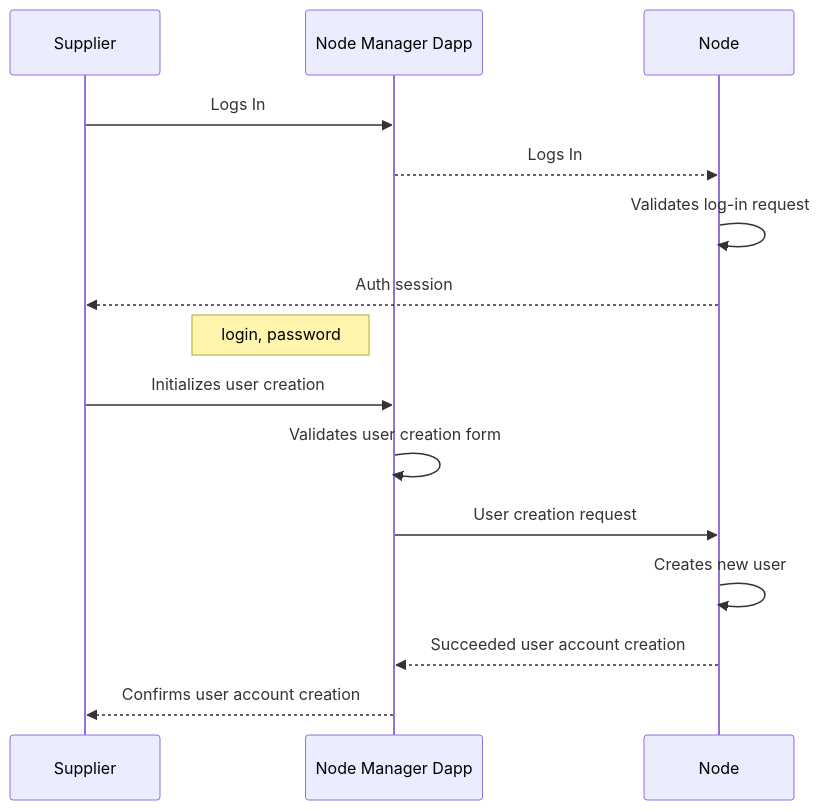
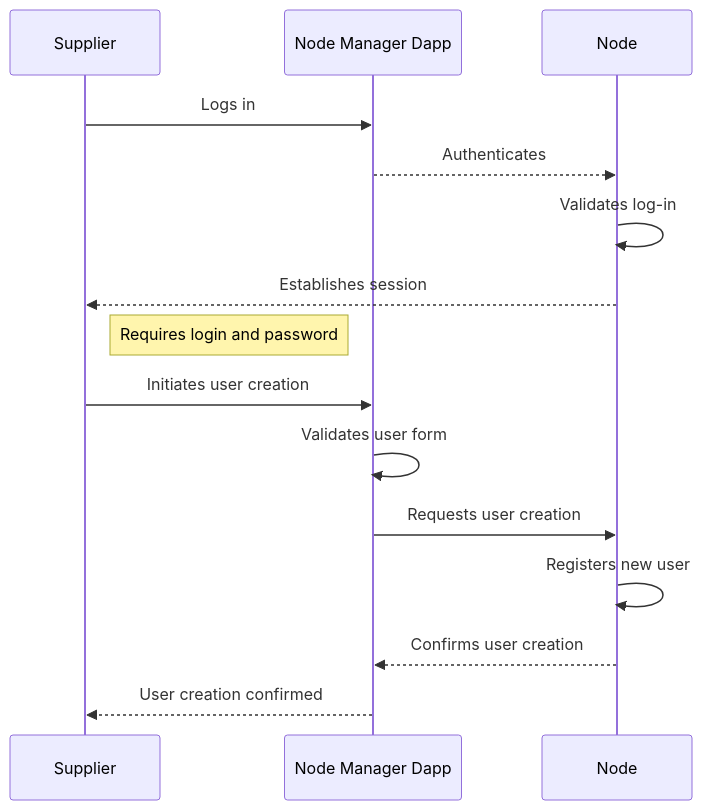
The fifth of 14 diagrams in docs/architecture.md (windingtree/mvp), drawn with Mermaid before and after one commit. The commit also changed other lines of this file and 1 other file, not shown here.

Commit message:
docs: ✏️ Added the MVP architecture document

````diff
--- a/docs/architecture.md
+++ b/docs/architecture.md
@@ -196,18 +187,18 @@
 ```mermaid
 sequenceDiagram
   participant supplier as Supplier
   participant manager as Node Manager Dapp
   participant node as Node
 
-  supplier->>manager: Logs In
-  manager-->>node: Logs In
-  node->>node: Validates log-in request
-  node-->>supplier: Auth session
-  Note left of manager: login, password
-  supplier->>manager: Initializes user creation
-  manager->>manager: Validates user creation form
-  manager->>node: User creation request
-  node->>node: Creates new user
-  node-->>manager: Succeeded user account creation
-  manager-->>supplier: Confirms user account creation
+  supplier->>manager: Logs in
+  manager-->>node: Authenticates
+  node->>node: Validates log-in
+  node-->>supplier: Establishes session
+  Note left of manager: Requires login and password
+  supplier->>manager: Initiates user creation
+  manager->>manager: Validates user form
+  manager->>node: Requests user creation
+  node->>node: Registers new user
+  node-->>manager: Confirms user creation
+  manager-->>supplier: User creation confirmed
 ```
````
